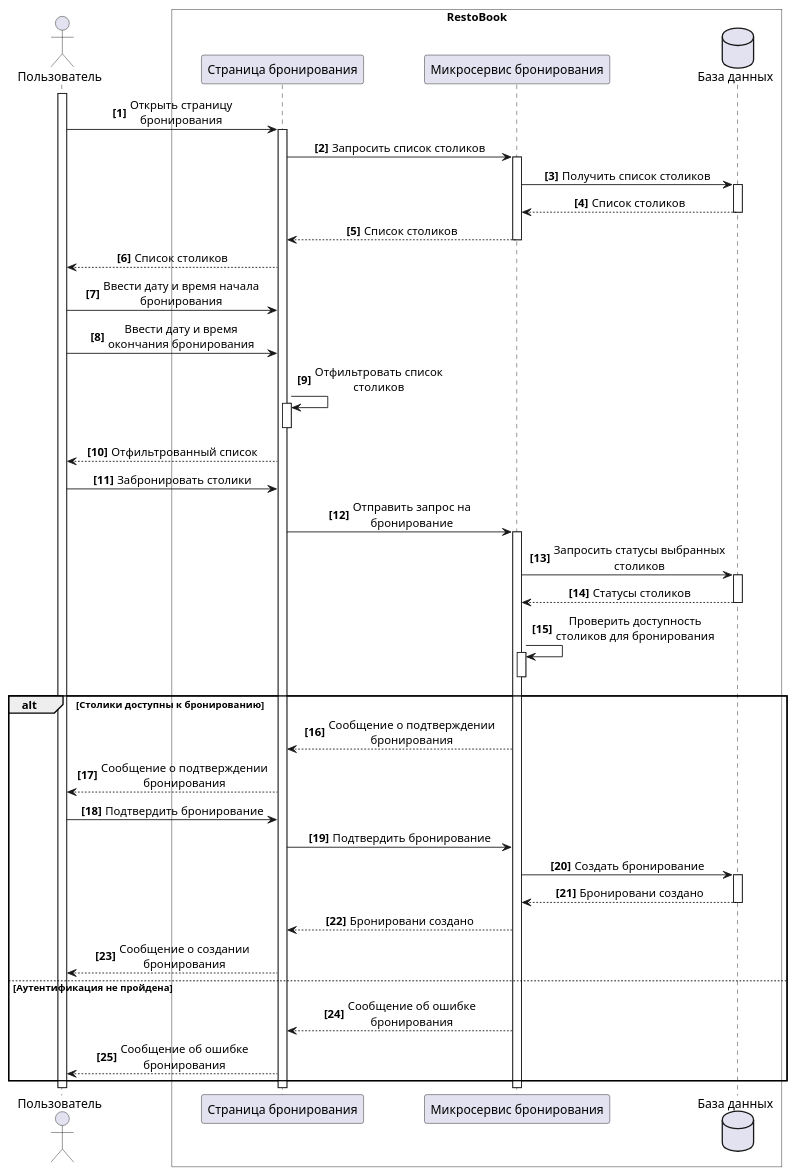
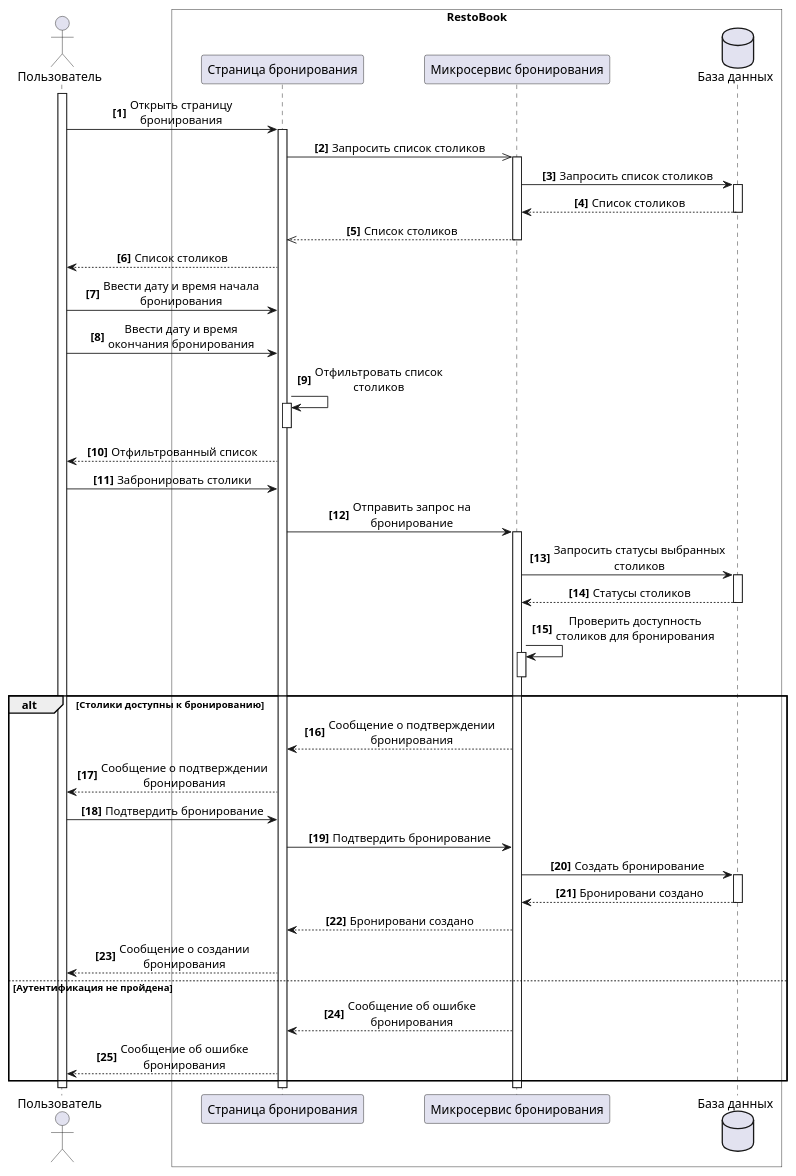
The diagram in docs/diagrams/src/booking_table.puml (solopov-av-edu/RestoBook-Docs), drawn with PlantUML before and after one commit. The commit also changed 9 other files, not shown here.

Commit message:
03.06 update sequense diagrams

```diff
--- a/docs/diagrams/src/booking_table.puml
+++ b/docs/diagrams/src/booking_table.puml
@@ -1,53 +1,53 @@
 @startuml
 
 'hide footbox
 skinparam {
     MaxMessageSize 200
 }
 skinparam sequence{
     ParticipantPadding 30
     MessageAlign center
 }
 autonumber "<b>[0]"
 
 actor "Пользователь" as user
 box "RestoBook" #transparent
     participant "Страница бронирования" as page
     participant "Микросервис бронирования" as service
     database "База данных" as db
     'participant "Приложение" as app
 end box
 
 user++
 user -> page++: Открыть страницу бронирования
-page -> service++: Запросить список столиков
-service -> db++: Получить список столиков
+page ->> service++: Запросить список столиков
+service -> db++: Запросить список столиков
 db --> service--: Список столиков
-service --> page--: Список столиков
+service -->> page--: Список столиков
 page --> user: Список столиков
 user -> page: Ввести дату и время начала бронирования
 user -> page: Ввести дату и время окончания бронирования
 page -> page++: Отфильтровать список столиков
 page--
 page --> user: Отфильтрованный список
 user -> page: Забронировать столики
 page -> service++: Отправить запрос на бронирование
 service -> db++: Запросить статусы выбранных столиков
 db --> service--: Статусы столиков
 service -> service++: Проверить доступность столиков для бронирования
 service--
 
 alt Столики доступны к бронированию
     service --> page: Сообщение о подтверждении бронирования
     page --> user: Сообщение о подтверждении бронирования
     user -> page: Подтвердить бронирование
     page -> service: Подтвердить бронирование
     service -> db++: Создать бронирование
     db --> service--: Бронировани создано
     service --> page: Бронировани создано
     page --> user: Сообщение о создании бронирования
 else Аутентификация не пройдена
     service --> page: Сообщение об ошибке бронирования
     page --> user: Сообщение об ошибке бронирования
 end
 @enduml
```
